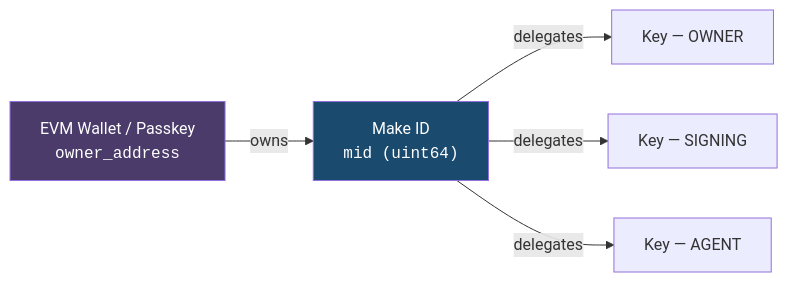
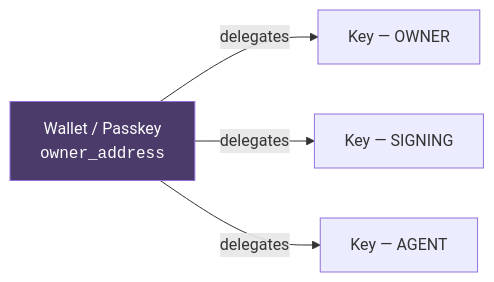
Before and after one commit to officialunofficial/protocol: the second of 3 diagrams in SPECIFICATION.md, drawn with Mermaid. The commit also changed other lines of this file and 1 other file, not shown here.

First line of the commit message:
spec: align with V2 address-native clean-slate semantics (2026.4.1) (#11)

````diff
--- a/SPECIFICATION.md
+++ b/SPECIFICATION.md
@@ -227,10 +227,8 @@
 ```mermaid
 graph LR
-    W["EVM Wallet / Passkey<br/><code>owner_address</code>"] -->|owns| M["Make ID<br/><code>mid (uint64)</code>"]
-    M -->|delegates| K1["Key — OWNER"]
-    M -->|delegates| K2["Key — SIGNING"]
-    M -->|delegates| K3["Key — AGENT"]
+    W["Wallet / Passkey<br/><code>owner_address</code>"] -->|delegates| K1["Key — OWNER"]
+    W -->|delegates| K2["Key — SIGNING"]
+    W -->|delegates| K3["Key — AGENT"]
 
     style W fill:#4a3b6b,color:#fff
-    style M fill:#1a4a6e,color:#fff
 ```
````
